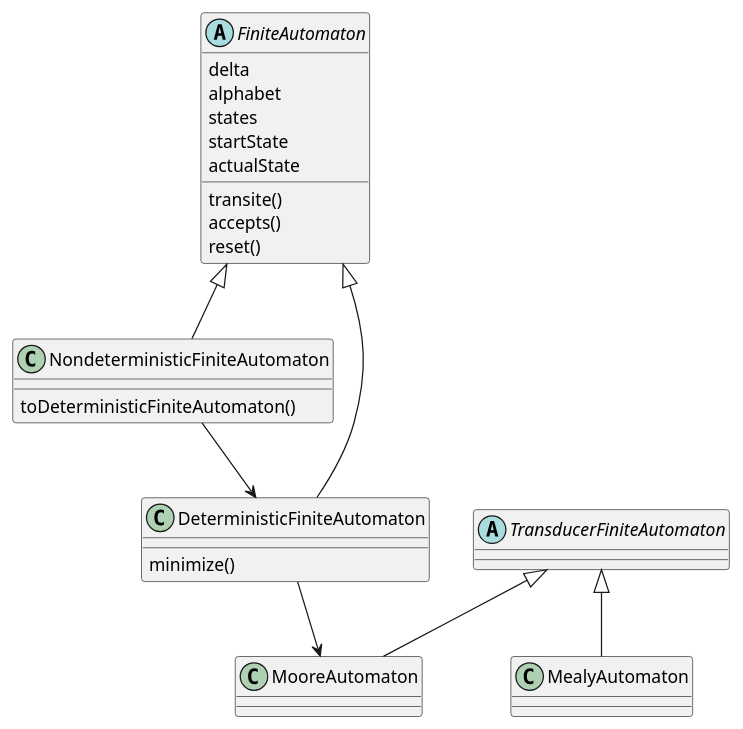
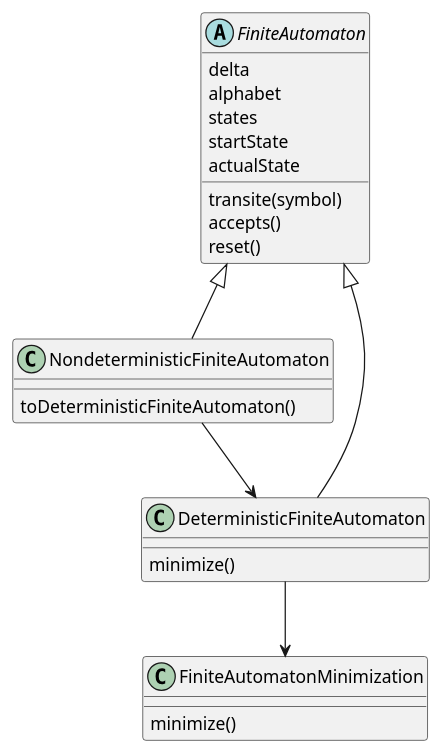
One commit to sanchezcarlosjr/theory-of-computation changed the diagram in docs/automata-modelling.md. Above: the diagram before and after it, drawn with PlantUML. The commit also changed 7 other files, not shown here.

````diff
--- a/docs/automata-modelling.md
+++ b/docs/automata-modelling.md
@@ -3,27 +3,25 @@
 ```puml
-abstract class TransducerFiniteAutomaton
-class MooreAutomaton
-TransducerFiniteAutomaton <|-- MooreAutomaton
-TransducerFiniteAutomaton <|-- MealyAutomaton
-
 abstract class FiniteAutomaton {
    delta
    alphabet
    states
    startState
    actualState
-   transite()
+   transite(symbol)
    accepts()
    reset()
 }
 class NondeterministicFiniteAutomaton {
   toDeterministicFiniteAutomaton()
 }
 class DeterministicFiniteAutomaton {
   minimize()
 }
 NondeterministicFiniteAutomaton --> DeterministicFiniteAutomaton
 FiniteAutomaton <|-- NondeterministicFiniteAutomaton
 FiniteAutomaton <|-- DeterministicFiniteAutomaton
-DeterministicFiniteAutomaton --> MooreAutomaton
+DeterministicFiniteAutomaton --> FiniteAutomatonMinimization
+class FiniteAutomatonMinimization {
+minimize()
+}
 ```
````
